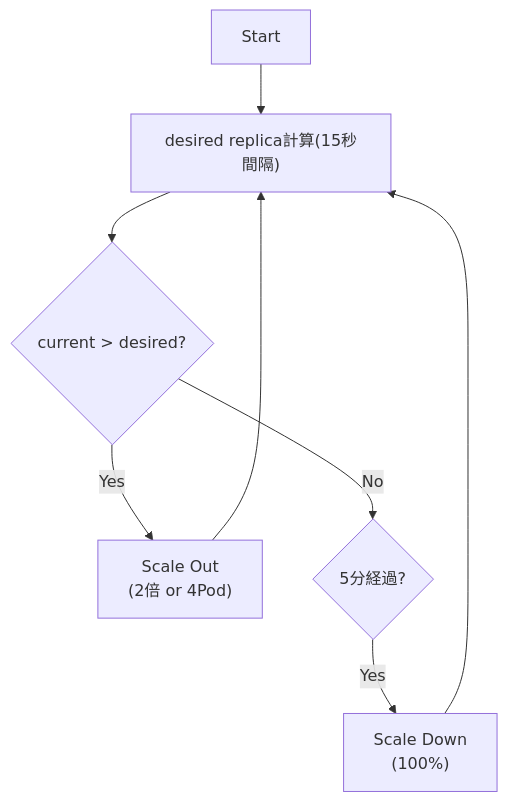
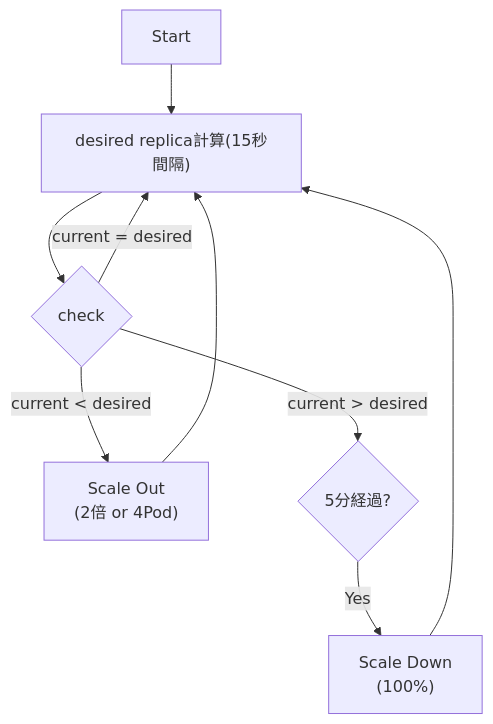
The diagram in src/posts/k8s-tutorial/ops/hpa.md (mamezou-tech/mamezou-tech-site), drawn with Mermaid before and after one commit.

````diff
--- a/src/posts/k8s-tutorial/ops/hpa.md
+++ b/src/posts/k8s-tutorial/ops/hpa.md
@@ -353,8 +353,9 @@
 ```mermaid
 flowchart TD
     A[Start] --> B["desired replica計算(15秒間隔)"]
-    B --> C{current > desired?}
-    C -->|Yes| D["Scale Out\n(2倍 or 4Pod)"] --> B
-    C -->|No| E{"5分経過?"}
+    B --> C{check}
+    C -->|current < desired| D["Scale Out\n(2倍 or 4Pod)"] --> B
+    C -->|current > desired| E{"5分経過?"}
+    C -->|current = desired| B
     E -->|Yes| F["Scale Down\n(100%)"] --> B
 ```
````
